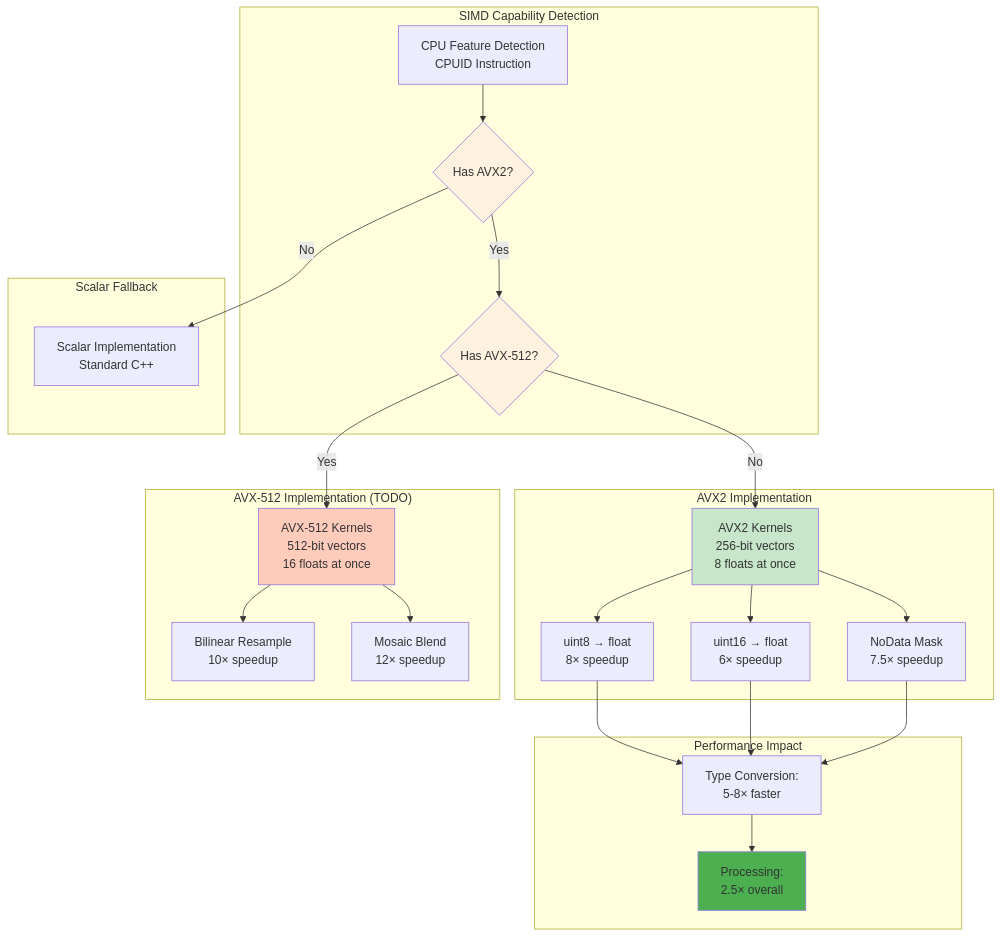
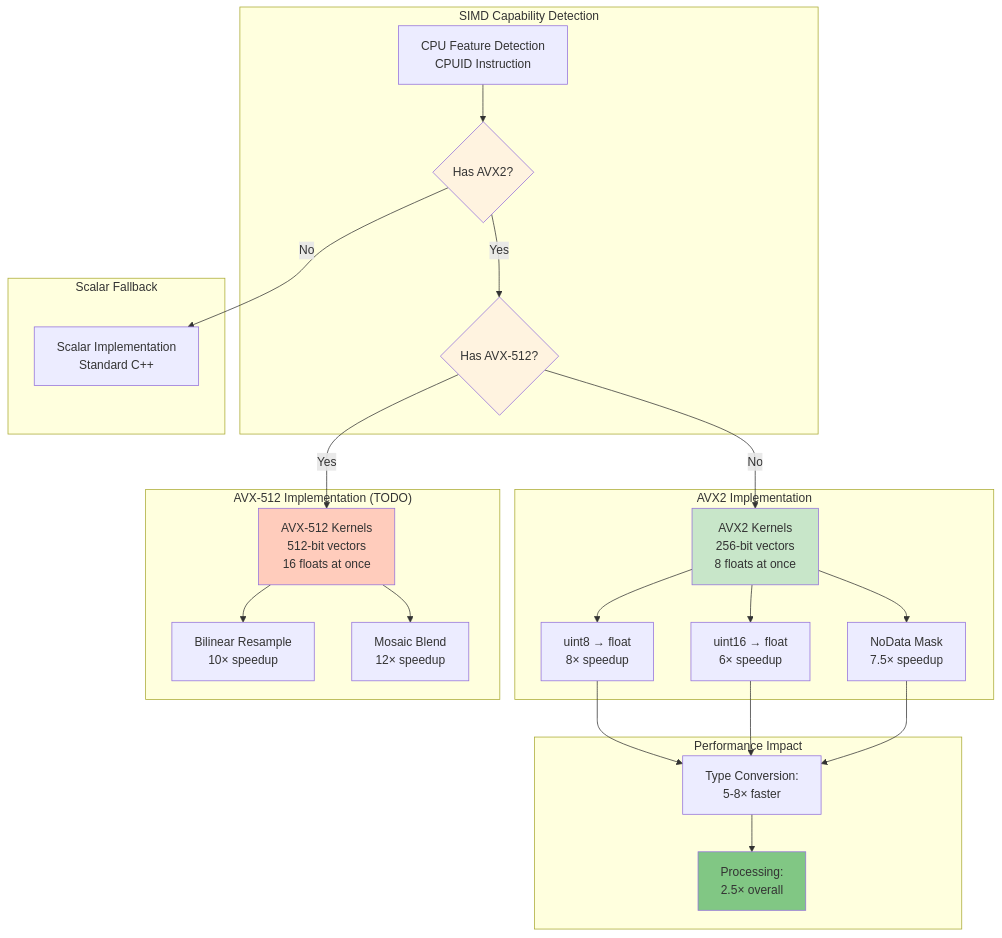
One commit to Anmol-STRS/TerrainBuilderI-0 changed the tenth of 18 diagrams in docs/overview_diagrams.md. Above: the diagram before and after it, drawn with Mermaid. The commit also changed other lines of this file and 20 other files, not shown here.

````diff
--- a/docs/overview_diagrams.md
+++ b/docs/overview_diagrams.md
@@ -591,55 +591,55 @@
 ```mermaid
 graph TB
     subgraph "SIMD Capability Detection"
         A[CPU Feature Detection<br/>CPUID Instruction]
         B{Has AVX2?}
         C{Has AVX-512?}
     end
     
     subgraph "Scalar Fallback"
         D[Scalar Implementation<br/>Standard C++]
     end
     
     subgraph "AVX2 Implementation"
         E[AVX2 Kernels<br/>256-bit vectors<br/>8 floats at once]
         F1[uint8 → float<br/>8× speedup]
         F2[uint16 → float<br/>6× speedup]
         F3[NoData Mask<br/>7.5× speedup]
     end
     
     subgraph "AVX-512 Implementation (TODO)"
         G[AVX-512 Kernels<br/>512-bit vectors<br/>16 floats at once]
         H1[Bilinear Resample<br/>10× speedup]
         H2[Mosaic Blend<br/>12× speedup]
     end
     
     A --> B
     B -->|No| D
     B -->|Yes| C
     C -->|No| E
     C -->|Yes| G
     
     E --> F1
     E --> F2
     E --> F3
     
     G --> H1
     G --> H2
     
     subgraph "Performance Impact"
         I[Type Conversion:<br/>5-8× faster]
         J[Processing:<br/>2.5× overall]
     end
     
     F1 --> I
     F2 --> I
     F3 --> I
     
     I --> J
     
-    style B fill:#fff3e0
-    style C fill:#fff3e0
-    style E fill:#c8e6c9
-    style G fill:#ffccbc
-    style J fill:#4caf50
+    style B fill:#FFF3E0
+    style C fill:#FFF3E0
+    style E fill:#C8E6C9
+    style G fill:#FFCCBC
+    style J fill:#81C784
 ```
````
